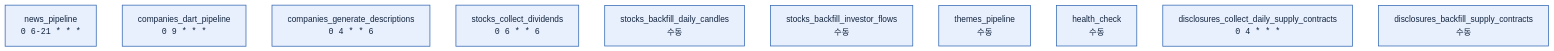
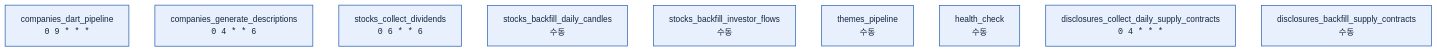
One commit to swmaestro-3back/finngraph-etl changed the diagram in dags/README.md. Above: the diagram before and after it, drawn with Mermaid. The commit also changed other lines of this file and 12 other files, not shown here.

First line of the commit message:
feat(events): Event 승격을 news_pipeline 에서 분리해 Asset 기동 events_pipeline 으로

````diff
--- a/dags/README.md
+++ b/dags/README.md
@@ -61,16 +73,15 @@
 ```mermaid
 flowchart TB
-    NP["news_pipeline<br/><code>0 6-21 * * *</code>"]
     CDP["companies_dart_pipeline<br/><code>0 9 * * *</code>"]
     CGD["companies_generate_descriptions<br/><code>0 4 * * 6</code>"]
     SCD["stocks_collect_dividends<br/><code>0 6 * * 6</code>"]
     SBD["stocks_backfill_daily_candles<br/>수동"]
     SBI["stocks_backfill_investor_flows<br/>수동"]
     TR["themes_pipeline<br/>수동"]
     HC["health_check<br/>수동"]
     DCD["disclosures_collect_daily_supply_contracts<br/><code>0 4 * * *</code>"]
     DBF["disclosures_backfill_supply_contracts<br/>수동"]
 
     classDef cron fill:#e8f0fe,stroke:#3b6db5,stroke-width:1.5px,color:#12243d
-    class NP,CDP,CGD,SCD,SBD,SBI,TR,HC,DCD,DBF cron
+    class CDP,CGD,SCD,SBD,SBI,TR,HC,DCD,DBF cron
 ```
````
